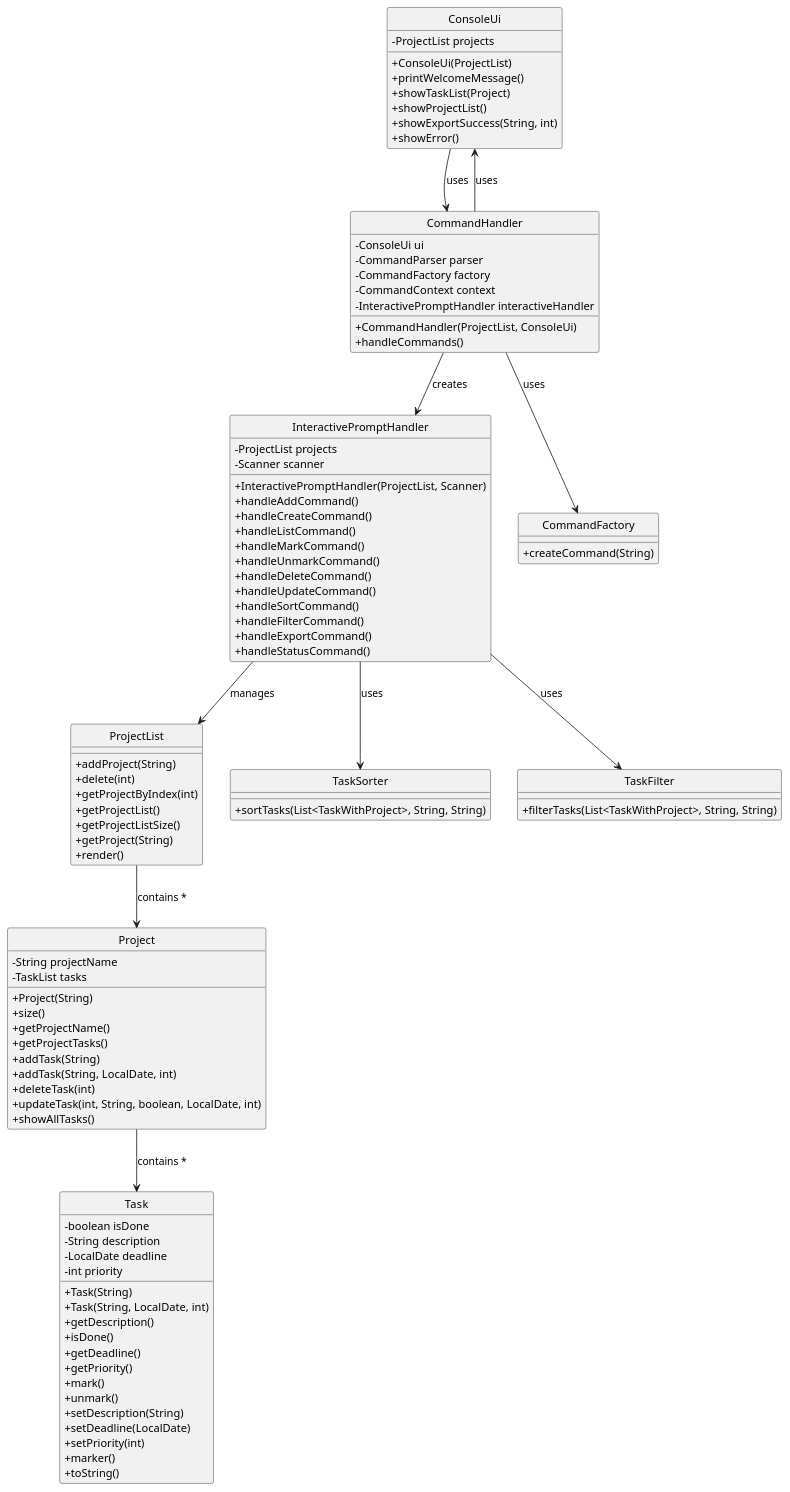
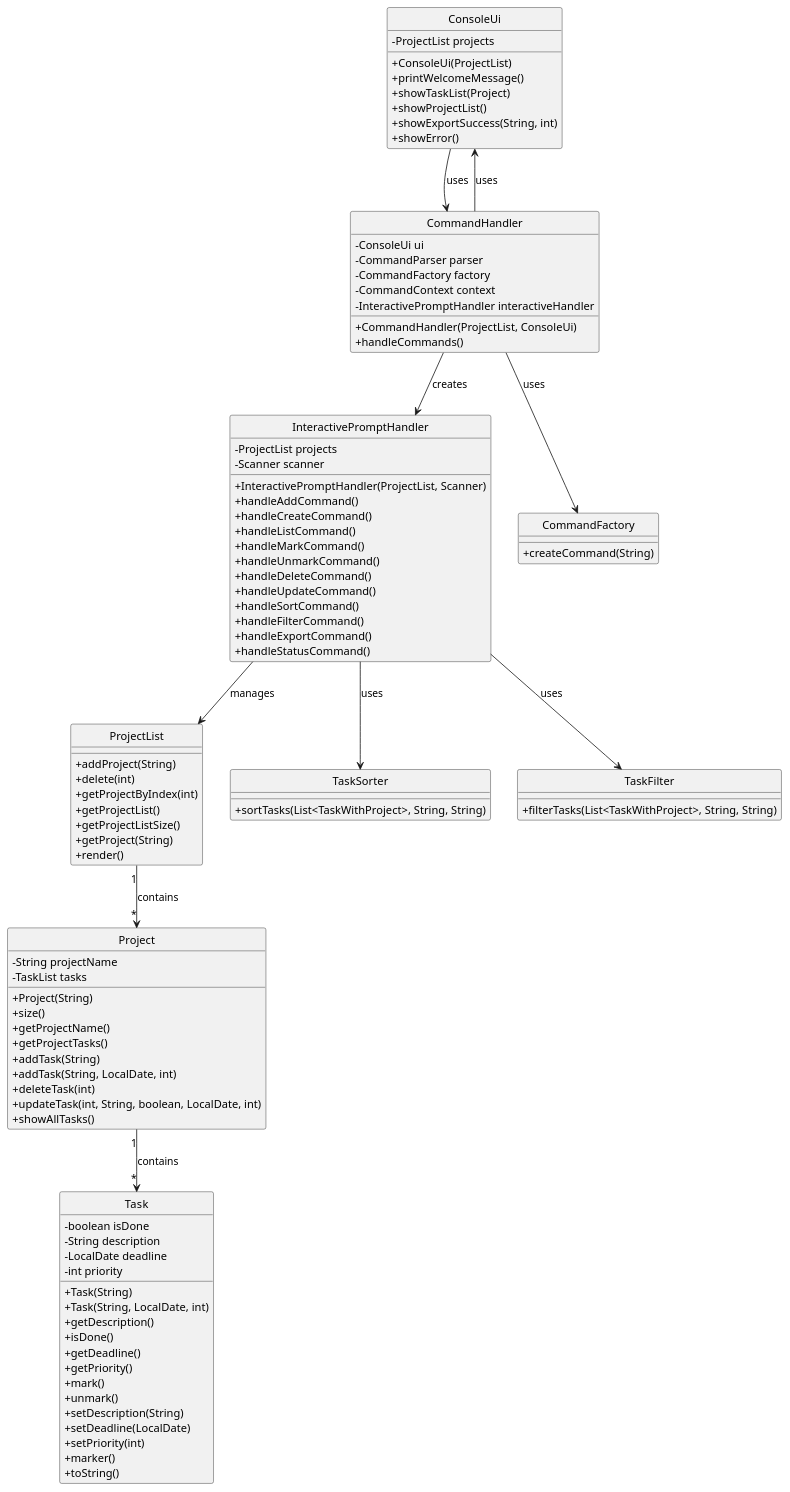
One commit to sean6369/tp changed the diagram in docs/plantUML/architecture/architecture.puml. Above: the diagram before and after it, drawn with PlantUML. The commit also changed 4 other files, not shown here.

First line of the commit message:
Fix architecture diagram UML notation

```diff
--- a/docs/plantUML/architecture/architecture.puml
+++ b/docs/plantUML/architecture/architecture.puml
@@ -1,110 +1,110 @@
 @startuml Architecture Diagram
 
 skinparam classAttributeIconSize 0
 skinparam shadowing false
 skinparam monochrome true
 hide circle
 
 class ConsoleUi {
     -ProjectList projects
     +ConsoleUi(ProjectList)
     +printWelcomeMessage()
     +showTaskList(Project)
     +showProjectList()
     +showExportSuccess(String, int)
     +showError()
 }
 
 class CommandHandler {
     -ConsoleUi ui
     -CommandParser parser
     -CommandFactory factory
     -CommandContext context
     -InteractivePromptHandler interactiveHandler
     +CommandHandler(ProjectList, ConsoleUi)
     +handleCommands()
 }
 
 class InteractivePromptHandler {
     -ProjectList projects
     -Scanner scanner
     +InteractivePromptHandler(ProjectList, Scanner)
     +handleAddCommand()
     +handleCreateCommand()
     +handleListCommand()
     +handleMarkCommand()
     +handleUnmarkCommand()
     +handleDeleteCommand()
     +handleUpdateCommand()
     +handleSortCommand()
     +handleFilterCommand()
     +handleExportCommand()
     +handleStatusCommand()
 }
 
 class CommandFactory {
     +createCommand(String)
 }
 
 class ProjectList {
     +addProject(String)
     +delete(int)
     +getProjectByIndex(int)
     +getProjectList()
     +getProjectListSize()
     +getProject(String)
     +render()
 }
 
 class Project {
     -String projectName
     -TaskList tasks
     +Project(String)
     +size()
     +getProjectName()
     +getProjectTasks()
     +addTask(String)
     +addTask(String, LocalDate, int)
     +deleteTask(int)
     +updateTask(int, String, boolean, LocalDate, int)
     +showAllTasks()
 }
 
 class Task {
     -boolean isDone
     -String description
     -LocalDate deadline
     -int priority
     +Task(String)
     +Task(String, LocalDate, int)
     +getDescription()
     +isDone()
     +getDeadline()
     +getPriority()
     +mark()
     +unmark()
     +setDescription(String)
     +setDeadline(LocalDate)
     +setPriority(int)
     +marker()
     +toString()
 }
 
 class TaskSorter {
     +sortTasks(List<TaskWithProject>, String, String)
 }
 
 class TaskFilter {
     +filterTasks(List<TaskWithProject>, String, String)
 }
 
 ConsoleUi --> CommandHandler : uses
 CommandHandler --> InteractivePromptHandler : creates
 CommandHandler --> CommandFactory : uses
 CommandHandler --> ConsoleUi : uses
 InteractivePromptHandler --> ProjectList : manages
 InteractivePromptHandler --> TaskSorter : uses
 InteractivePromptHandler --> TaskFilter : uses
-ProjectList --> Project : contains *
-Project --> Task : contains *
+ProjectList "1" --> "*" Project : contains
+Project "1" --> "*" Task : contains
 @enduml
```
